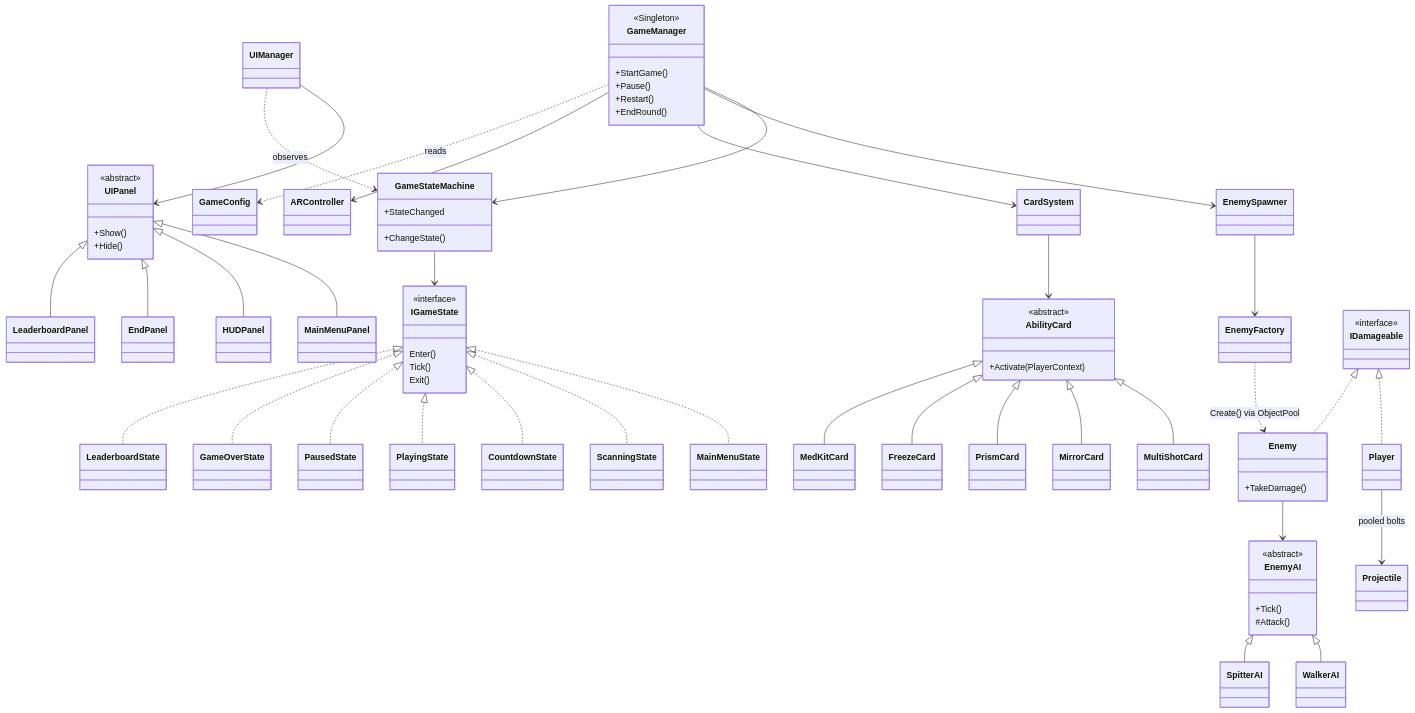
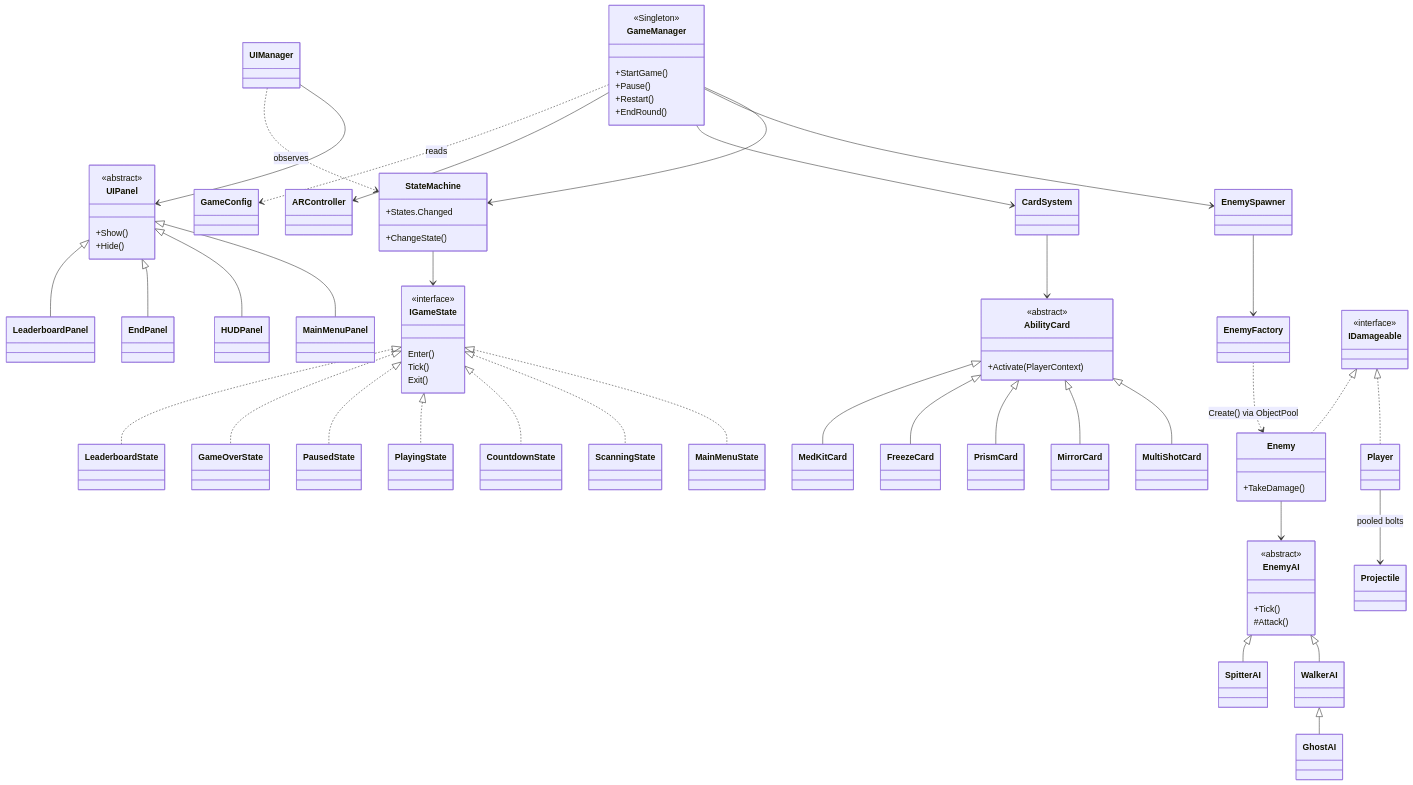
The diagram in Assets/_Project/Docs/TECHNICAL_DOC_DRAFT.md (eseosapku/Survival_Shooter), drawn with Mermaid before and after one commit. The commit also changed other lines of this file and 25 other files, not shown here.

````diff
--- a/Assets/_Project/Docs/TECHNICAL_DOC_DRAFT.md
+++ b/Assets/_Project/Docs/TECHNICAL_DOC_DRAFT.md
@@ -19,77 +19,78 @@
 ```mermaid
 classDiagram
     class GameManager {
         <<Singleton>>
         +StartGame()
         +Pause()
         +Restart()
         +EndRound()
     }
-    class GameStateMachine {
+    class StateMachine {
         +ChangeState()
-        +StateChanged
+        +States.Changed
     }
     class IGameState {
         <<interface>>
         Enter()
         Tick()
         Exit()
     }
-    GameManager --> GameStateMachine
-    GameStateMachine --> IGameState
+    GameManager --> StateMachine
+    StateMachine --> IGameState
     IGameState <|.. MainMenuState
     IGameState <|.. ScanningState
     IGameState <|.. CountdownState
     IGameState <|.. PlayingState
     IGameState <|.. PausedState
     IGameState <|.. GameOverState
     IGameState <|.. LeaderboardState
 
     GameManager --> EnemySpawner
     EnemySpawner --> EnemyFactory
     EnemyFactory ..> Enemy : Create() via ObjectPool
     class Enemy {
         +TakeDamage()
     }
     class EnemyAI {
         <<abstract>>
         +Tick()
         #Attack()
     }
     Enemy --> EnemyAI
     EnemyAI <|-- WalkerAI
     EnemyAI <|-- SpitterAI
+    WalkerAI <|-- GhostAI
 
     GameManager --> CardSystem
     class AbilityCard {
         <<abstract>>
         +Activate(PlayerContext)
     }
     CardSystem --> AbilityCard
     AbilityCard <|-- MultiShotCard
     AbilityCard <|-- MirrorCard
     AbilityCard <|-- PrismCard
     AbilityCard <|-- FreezeCard
     AbilityCard <|-- MedKitCard
 
     class UIPanel {
         <<abstract>>
         +Show()
         +Hide()
     }
     UIManager --> UIPanel
     UIPanel <|-- MainMenuPanel
     UIPanel <|-- HUDPanel
     UIPanel <|-- EndPanel
     UIPanel <|-- LeaderboardPanel
-    UIManager ..> GameStateMachine : observes
+    UIManager ..> StateMachine : observes
 
     class IDamageable {
         <<interface>>
     }
     IDamageable <|.. Player
     IDamageable <|.. Enemy
     Player --> Projectile : pooled bolts
     GameManager --> ARController
     GameManager ..> GameConfig : reads
 ```
````
